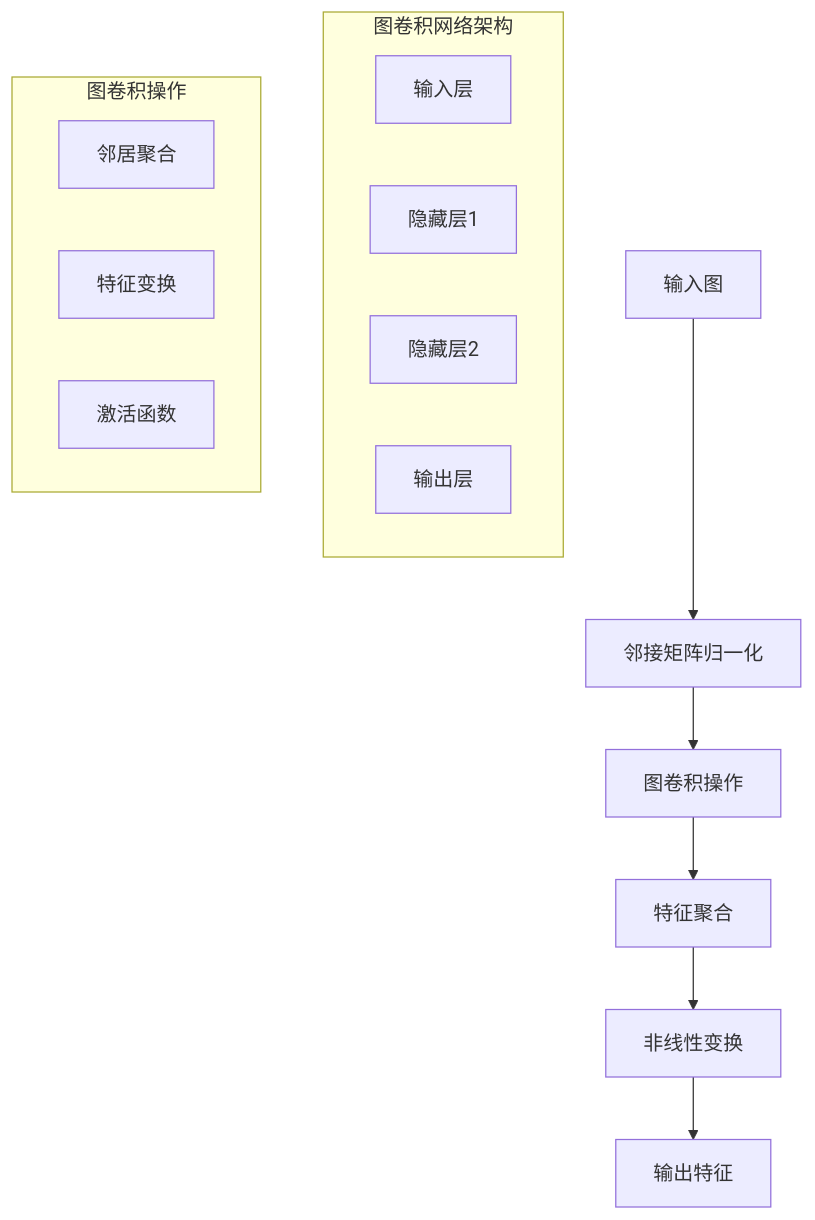
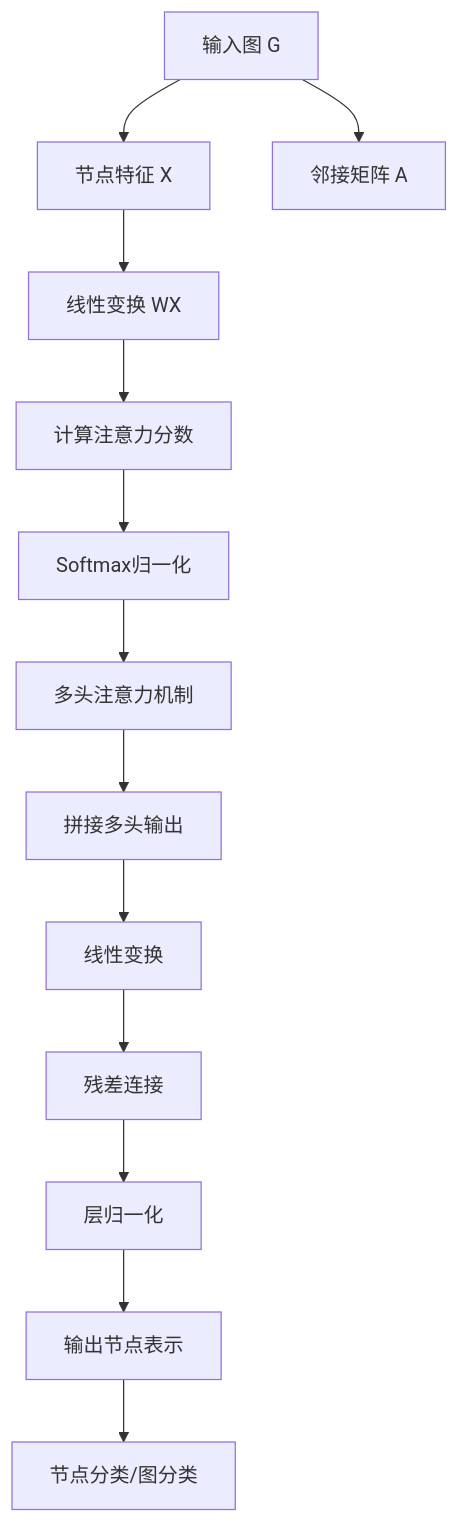
One commit to AdaMartin18010/FormalModel changed the second of 3 diagrams in docs/09-实现示例/通用示例/GRAPH_NEURAL_NETWORKS_MULTI_REPRESENTATION.md. Above: the diagram before and after it, drawn with Mermaid. The commit also changed other lines of this file and 6 other files, not shown here.

````diff
--- a/docs/09-实现示例/通用示例/GRAPH_NEURAL_NETWORKS_MULTI_REPRESENTATION.md
+++ b/docs/09-实现示例/通用示例/GRAPH_NEURAL_NETWORKS_MULTI_REPRESENTATION.md
@@ -57,21 +348,15 @@
 ```mermaid
 graph TD
-    A[输入图] --> B[邻接矩阵归一化]
-    B --> C[图卷积操作]
-    C --> D[特征聚合]
-    D --> E[非线性变换]
-    E --> F[输出特征]
-    
-    subgraph "图卷积网络架构"
-        G[输入层]
-        H[隐藏层1]
-        I[隐藏层2]
-        J[输出层]
-    end
-    
-    subgraph "图卷积操作"
-        K[邻居聚合]
-        L[特征变换]
-        M[激活函数]
-    end
+    A[输入图 G] --> B[节点特征 X]
+    A --> C[邻接矩阵 A]
+    B --> D[线性变换 WX]
+    D --> E[计算注意力分数]
+    E --> F[Softmax归一化]
+    F --> G[多头注意力机制]
+    G --> H[拼接多头输出]
+    H --> I[线性变换]
+    I --> J[残差连接]
+    J --> K[层归一化]
+    K --> L[输出节点表示]
+    L --> M[节点分类/图分类]
 ```
````
